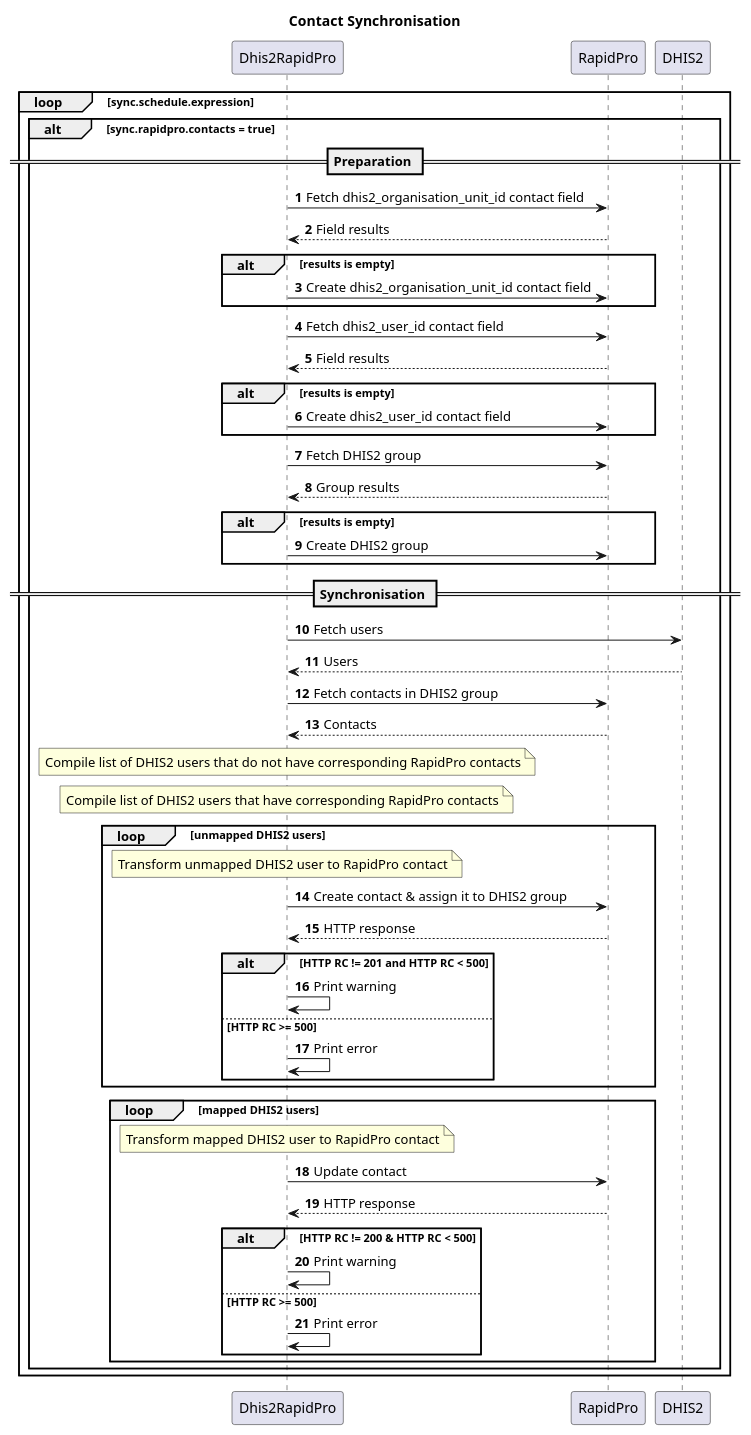
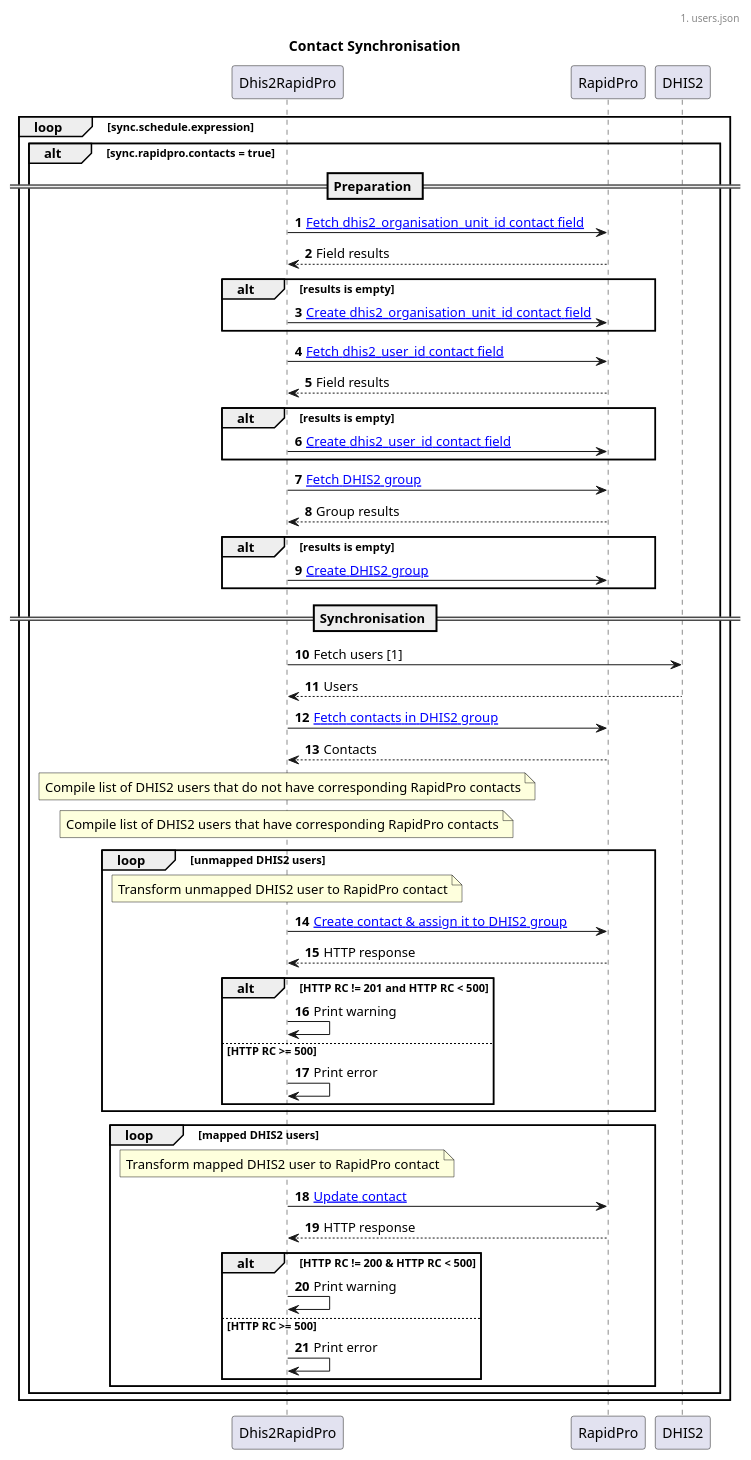
The diagram in design/plantuml/contact-sync.puml (dhis2/integration-dhis-rapidpro), drawn with PlantUML before and after one commit. The commit also changed 4 other files, not shown here.

```diff
--- a/design/plantuml/contact-sync.puml
+++ b/design/plantuml/contact-sync.puml
@@ -1,52 +1,56 @@
 @startuml
 title Contact Synchronisation
 autonumber
 skinparam responseMessageBelowArrow true
+header
+    1. users.json
+endheader
+
 loop sync.schedule.expression
     alt sync.rapidpro.contacts = true
         == Preparation ==
-        Dhis2RapidPro -> RapidPro: Fetch dhis2_organisation_unit_id contact field
+        Dhis2RapidPro -> RapidPro: [[https://rapidpro.io/api/v2/fields#listing-fields Fetch dhis2_organisation_unit_id contact field]]
         RapidPro --> Dhis2RapidPro: Field results
         alt results is empty
-            Dhis2RapidPro -> RapidPro: Create dhis2_organisation_unit_id contact field
+            Dhis2RapidPro -> RapidPro: [[https://rapidpro.io/api/v2/fields#adding-fields Create dhis2_organisation_unit_id contact field]]
         end
-        Dhis2RapidPro -> RapidPro: Fetch dhis2_user_id contact field
+        Dhis2RapidPro -> RapidPro: [[https://rapidpro.io/api/v2/fields#listing-fields Fetch dhis2_user_id contact field]]
         RapidPro --> Dhis2RapidPro: Field results
         alt results is empty
-            Dhis2RapidPro -> RapidPro: Create dhis2_user_id contact field
+            Dhis2RapidPro -> RapidPro: [[https://rapidpro.io/api/v2/fields#adding-fields Create dhis2_user_id contact field]]
         end
-        Dhis2RapidPro -> RapidPro: Fetch DHIS2 group
+        Dhis2RapidPro -> RapidPro: [[https://rapidpro.io/api/v2/groups#listing-groups Fetch DHIS2 group]]
         RapidPro --> Dhis2RapidPro: Group results
         alt results is empty
-            Dhis2RapidPro -> RapidPro: Create DHIS2 group
+            Dhis2RapidPro -> RapidPro: [[https://rapidpro.io/api/v2/groups#adding-a-group Create DHIS2 group]]
         end
         == Synchronisation ==
-        Dhis2RapidPro -> DHIS2: Fetch users
+        Dhis2RapidPro -> DHIS2: Fetch users [1]
         DHIS2 --> Dhis2RapidPro: Users
-        Dhis2RapidPro -> RapidPro: Fetch contacts in DHIS2 group
+        Dhis2RapidPro -> RapidPro: [[https://rapidpro.io/api/v2/contacts#listing-contacts Fetch contacts in DHIS2 group]]
         RapidPro --> Dhis2RapidPro: Contacts
         note over Dhis2RapidPro: Compile list of DHIS2 users that do not have corresponding RapidPro contacts
         note over Dhis2RapidPro: Compile list of DHIS2 users that have corresponding RapidPro contacts
         loop unmapped DHIS2 users
             note over Dhis2RapidPro: Transform unmapped DHIS2 user to RapidPro contact
-            Dhis2RapidPro -> RapidPro: Create contact & assign it to DHIS2 group
+            Dhis2RapidPro -> RapidPro: [[https://rapidpro.io/api/v2/contacts#adding-contacts Create contact & assign it to DHIS2 group]]
             RapidPro --> Dhis2RapidPro: HTTP response
             alt HTTP RC != 201 and HTTP RC < 500
                 Dhis2RapidPro -> Dhis2RapidPro: Print warning
             else HTTP RC >= 500
                 Dhis2RapidPro -> Dhis2RapidPro: Print error
             end
         end
         loop mapped DHIS2 users
             note over Dhis2RapidPro: Transform mapped DHIS2 user to RapidPro contact
-            Dhis2RapidPro -> RapidPro: Update contact
+            Dhis2RapidPro -> RapidPro: [[https://rapidpro.io/api/v2/contacts#updating-contacts Update contact]]
             RapidPro --> Dhis2RapidPro: HTTP response
             alt HTTP RC != 200 & HTTP RC < 500
                 Dhis2RapidPro -> Dhis2RapidPro: Print warning
             else HTTP RC >= 500
                 Dhis2RapidPro -> Dhis2RapidPro: Print error
             end
         end
     end
 end
 @enduml
```
